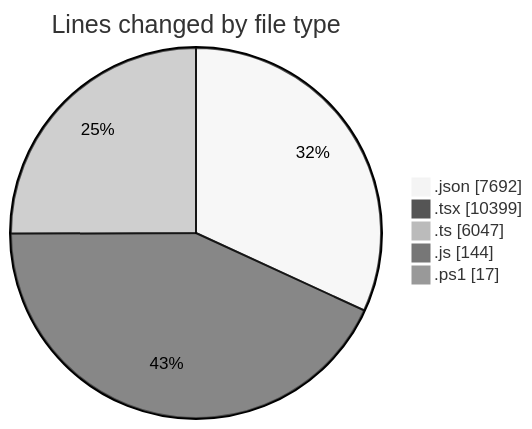
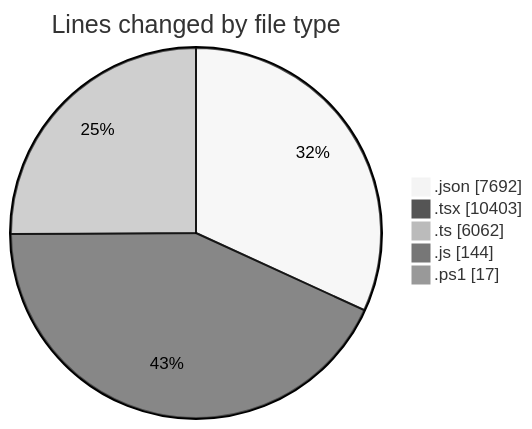
Before and after one commit to CELIANVF/code-tracking: the first of 2 diagrams in 2025-06-10/ecodeli-1/README.md, drawn with Mermaid (neutral theme). The commit also changed other lines of this file and 1 other file, not shown here.

````diff
--- a/2025-06-10/ecodeli-1/README.md
+++ b/2025-06-10/ecodeli-1/README.md
@@ -75,9 +75,9 @@
 ```mermaid
 pie showData
 title Lines changed by file type
 ".json" : 7692
-".tsx" : 10399
-".ts" : 6047
+".tsx" : 10403
+".ts" : 6062
 ".js" : 144
 ".ps1" : 17
 ```
````
